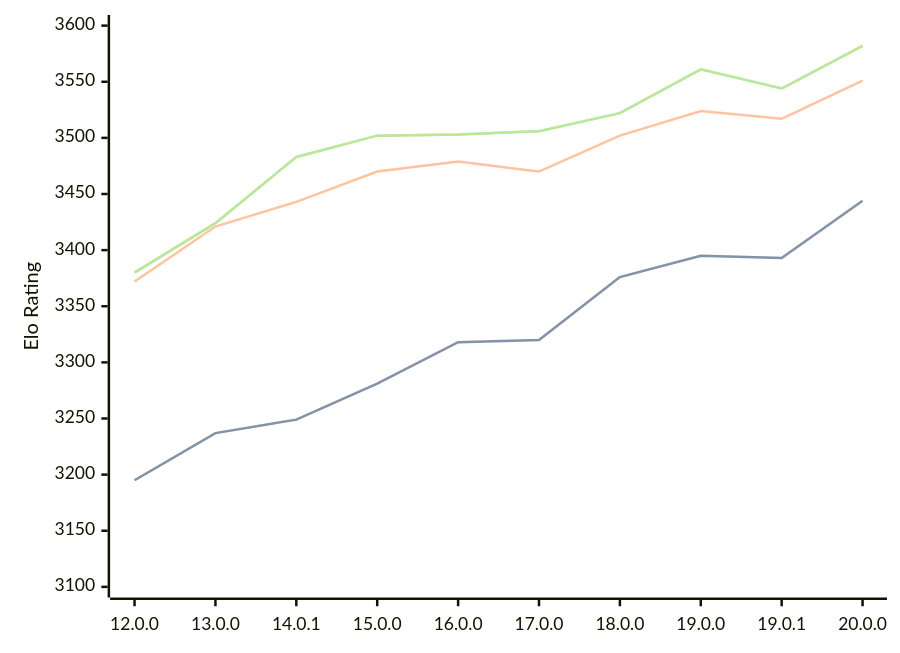
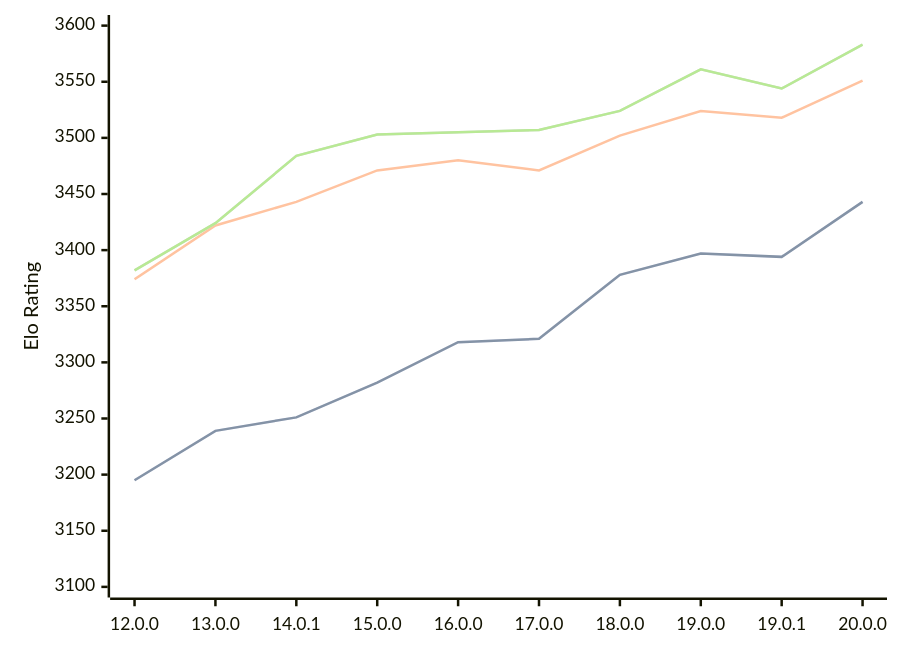
Before and after one commit to computer-chess-index/cci: the diagram in engines/Viridithas.md, drawn with Mermaid. The commit also changed other lines of this file, not shown here.

Commit message:
Update CCI Ratings (ELO VLTC) - 2026-07-25

````diff
--- a/engines/Viridithas.md
+++ b/engines/Viridithas.md
@@ -64,11 +64,11 @@
 ```mermaid
 %%{init: {"theme":"base","themeVariables":{"seriesColors:['#a3a3a3','#222221','#faa371']}}}%%
 xychart-beta
   x-axis ["12.0.0", "13.0.0", "14.0.1", "15.0.0", "16.0.0", "17.0.0", "18.0.0", "19.0.0", "19.0.1", "20.0.0"]
   y-axis "Elo Rating" 3100 --> 3600
-  line "STC (8.0+0.08s)" [3195, 3237, 3249, 3281, 3318, 3320, 3376, 3395, 3393, 3444]
-  line "STC (8.0+0.08s)" [3195, 3237, 3249, 3281, 3318, 3320, 3376, 3395, 3393, 3444]
-  line "LTC (60.0+0.60s)" [3372, 3421, 3443, 3470, 3479, 3470, 3502, 3524, 3517, 3551]
-  line "VLTC (2m24s+1.12s)" [3380, 3424, 3483, 3502, 3503, 3506, 3522, 3561, 3544, 3582]
-  line "VLTC (2m24s+1.12s)" [3380, 3424, 3483, 3502, 3503, 3506, 3522, 3561, 3544, 3582]
+  line "STC (8.0+0.08s)" [3195, 3239, 3251, 3282, 3318, 3321, 3378, 3397, 3394, 3443]
+  line "STC (8.0+0.08s)" [3195, 3239, 3251, 3282, 3318, 3321, 3378, 3397, 3394, 3443]
+  line "LTC (60.0+0.60s)" [3374, 3422, 3443, 3471, 3480, 3471, 3502, 3524, 3518, 3551]
+  line "VLTC (2m24s+1.12s)" [3382, 3424, 3484, 3503, 3505, 3507, 3524, 3561, 3544, 3583]
+  line "VLTC (2m24s+1.12s)" [3382, 3424, 3484, 3503, 3505, 3507, 3524, 3561, 3544, 3583]
 ```
````
